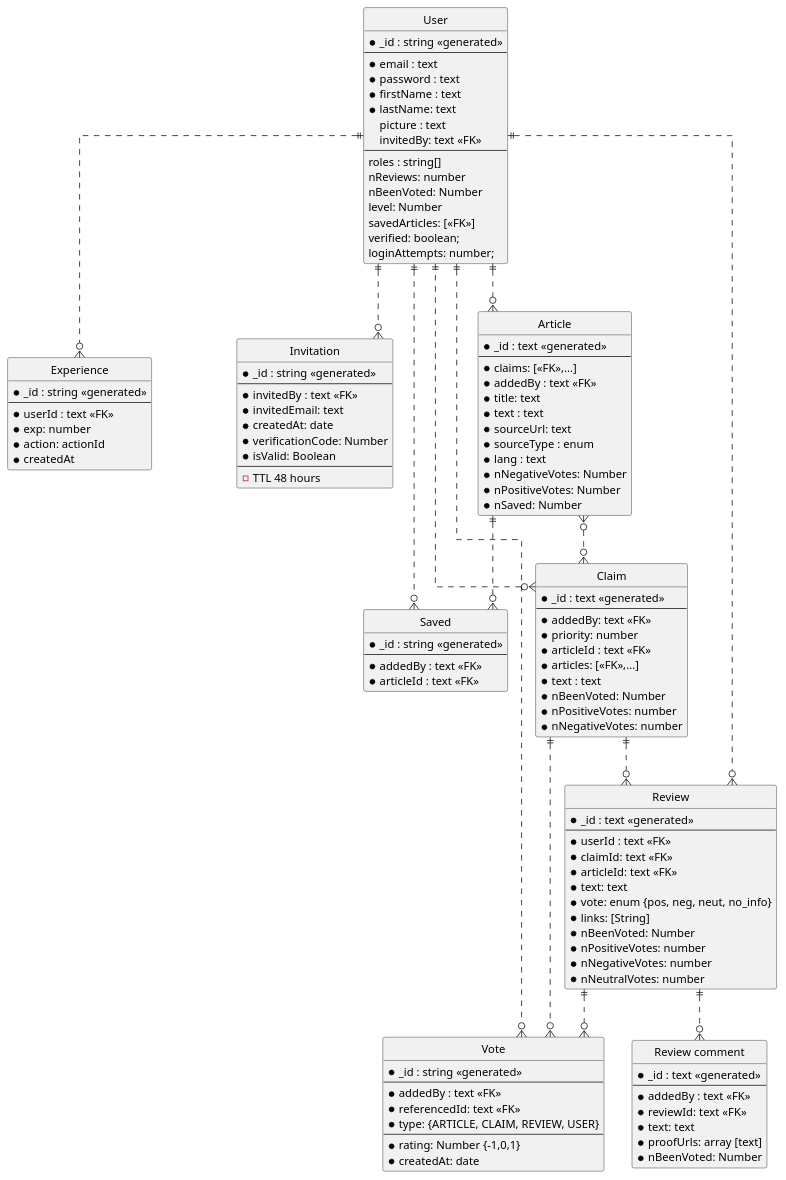
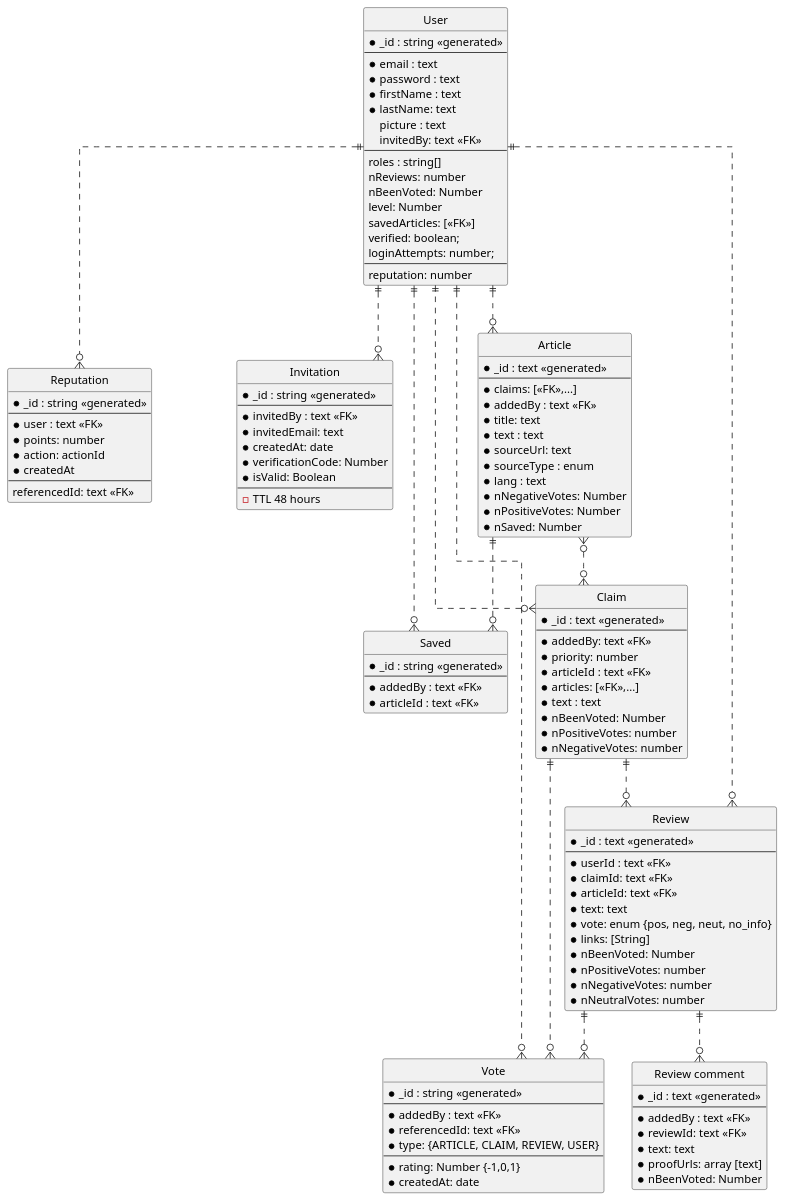
One commit to aic-factcheck/fact_check_api changed the diagram in uml_docs/entity_relations.puml. Above: the diagram before and after it, drawn with PlantUML. The commit also changed 15 other files, not shown here.

```diff
--- a/uml_docs/entity_relations.puml
+++ b/uml_docs/entity_relations.puml
@@ -1,135 +1,139 @@
 @startuml Entity relations
 ' hide the spot
 hide circle
 
 ' avoid problems with angled crows feet
 skinparam linetype ortho
 
 entity "User" as user {
   *_id : string <<generated>>
   --
   *email : text
   *password : text
   *firstName : text
   *lastName: text
   picture : text
   invitedBy: text <<FK>>
   --
   roles : string[]
   nReviews: number
   nBeenVoted: Number
   level: Number
   savedArticles: [<<FK>>]
   verified: boolean;
   loginAttempts: number;
+  --
+  reputation: number
 }
 
-entity "Experience" as exp {
+entity "Reputation" as rep {
   *_id : string <<generated>>
   --
-  *userId : text <<FK>>
-  *exp: number
+  *user : text <<FK>>
+  *points: number
   *action: actionId
   *createdAt
+  --
+  referencedId: text <<FK>>
 }
 
 entity "Saved" as saved {
   *_id : string <<generated>>
   --
   *addedBy : text <<FK>>
   *articleId : text <<FK>>
 }
 
 entity "Invitation" as inv {
   *_id : string <<generated>>
   --
   *invitedBy : text <<FK>>
   *invitedEmail: text
   *createdAt: date
   *verificationCode: Number
   *isValid: Boolean
   --
   - TTL 48 hours
 }
 
 entity "Vote" as vote {
   *_id : string <<generated>>
   --
   *addedBy : text <<FK>>
   *referencedId: text <<FK>>
   *type: {ARTICLE, CLAIM, REVIEW, USER}
   --
   ' *text: Text
   *rating: Number {-1,0,1}
   *createdAt: date
 }
 
 entity "Article" as article {
   *_id : text <<generated>>
   --
   *claims: [<<FK>>,...]
   *addedBy : text <<FK>>
   *title: text
   *text : text
   *sourceUrl: text
   *sourceType : enum
   *lang : text
   *nNegativeVotes: Number
   *nPositiveVotes: Number
   *nSaved: Number
 }
 
 entity "Claim" as claim {
   *_id : text <<generated>>
   --
   *addedBy: text <<FK>>
   *priority: number
   *articleId : text <<FK>>
   *articles: [<<FK>>,...]
   *text : text
   *nBeenVoted: Number
   *nPositiveVotes: number
   *nNegativeVotes: number
 }
 
 entity "Review" as review {
   *_id : text <<generated>>
   --
   *userId : text <<FK>>
   *claimId: text <<FK>>
   *articleId: text <<FK>>
   *text: text
   *vote: enum {pos, neg, neut, no_info}
   *links: [String]
   *nBeenVoted: Number
   *nPositiveVotes: number
   *nNegativeVotes: number
   *nNeutralVotes: number
 }
 
 entity "Review comment" as reviewComment {
   *_id : text <<generated>>
   --
   *addedBy : text <<FK>>
   *reviewId: text <<FK>>
   *text: text
   *proofUrls: array [text] 
   *nBeenVoted: Number
 }
 
 user ||..o{ article
 user ||..o{ inv
 user ||..o{ saved
 user ||..o{ vote
-user ||..o{ exp
+user ||..o{ rep
 article }o..o{ claim
 article ||..o{ saved
 ' article ||..o{ vote
 user ||..o{ review
 ' user ||..o{ vote
 claim ||..o{ review
 claim }o..|| user
 claim ||..o{ vote
 review ||..o{ reviewComment
 review ||..o{ vote
 @enduml
```
